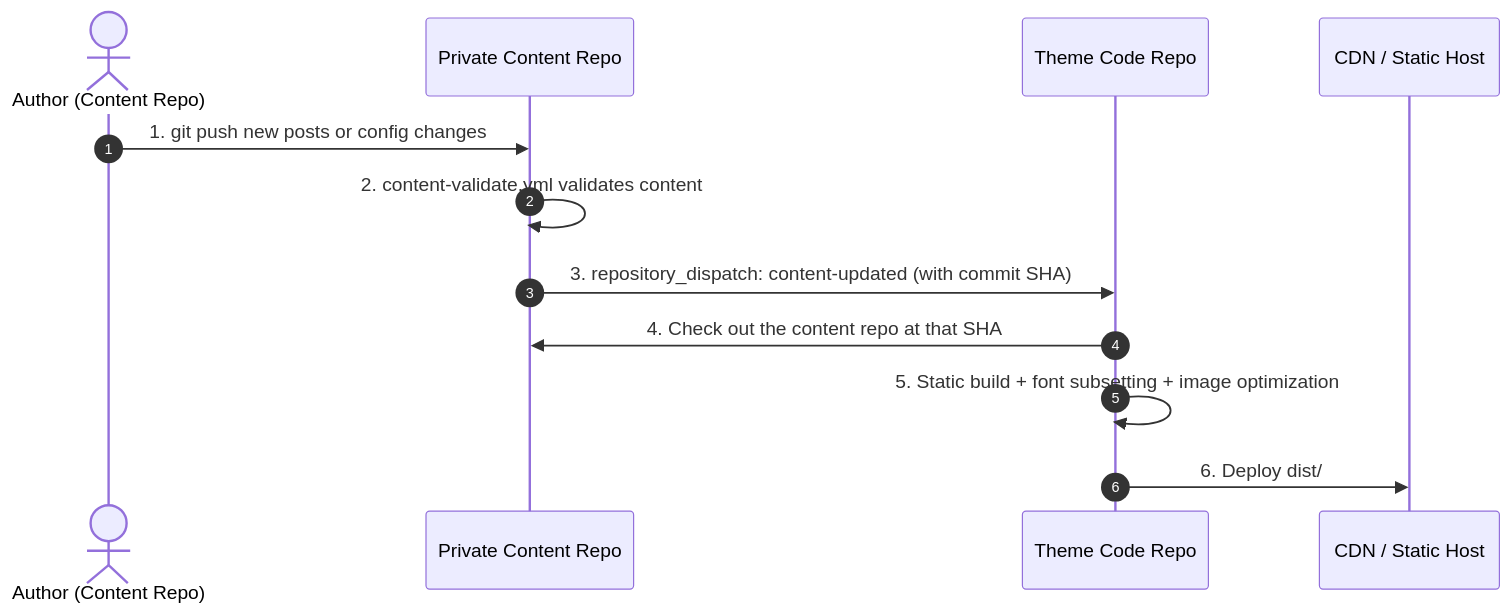
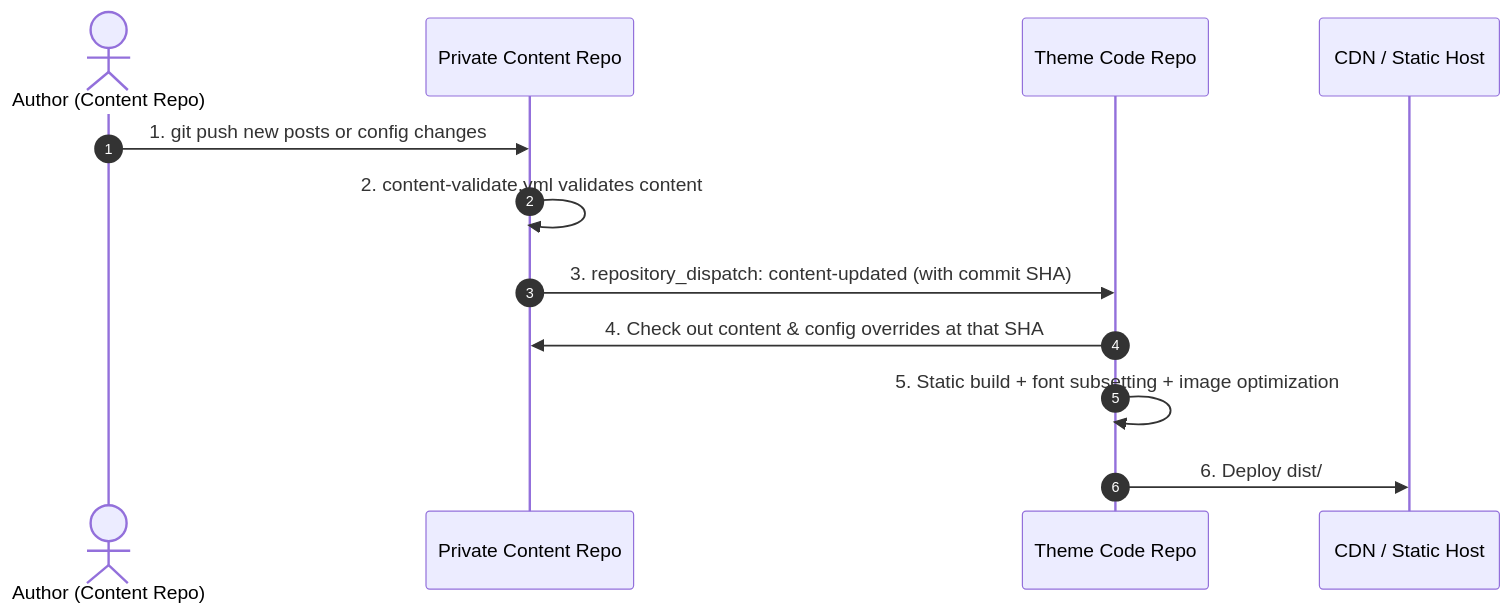
Before and after one commit to LyraVoid/Shirone-Docs: the diagram in docs/en/guide/content-separation/ci-dispatch/README.md, drawn with Mermaid. The commit also changed other lines of this file and 1 other file, not shown here.

Commit message:
docs(ci-dispatch): add pictorial PAT setup guide and refine cross-repo dispatch workflow

````diff
--- a/docs/en/guide/content-separation/ci-dispatch/README.md
+++ b/docs/en/guide/content-separation/ci-dispatch/README.md
@@ -14,15 +14,15 @@
 ```mermaid
 sequenceDiagram
     autonumber
     actor Author as Author (Content Repo)
     participant ContentRepo as Private Content Repo
     participant ThemeRepo as Theme Code Repo
     participant DeployTarget as CDN / Static Host
 
     Author->>ContentRepo: 1. git push new posts or config changes
     ContentRepo->>ContentRepo: 2. content-validate.yml validates content
     ContentRepo->>ThemeRepo: 3. repository_dispatch: content-updated (with commit SHA)
-    ThemeRepo->>ContentRepo: 4. Check out the content repo at that SHA
+    ThemeRepo->>ContentRepo: 4. Check out content & config overrides at that SHA
     ThemeRepo->>ThemeRepo: 5. Static build + font subsetting + image optimization
     ThemeRepo->>DeployTarget: 6. Deploy dist/
 ```
````
